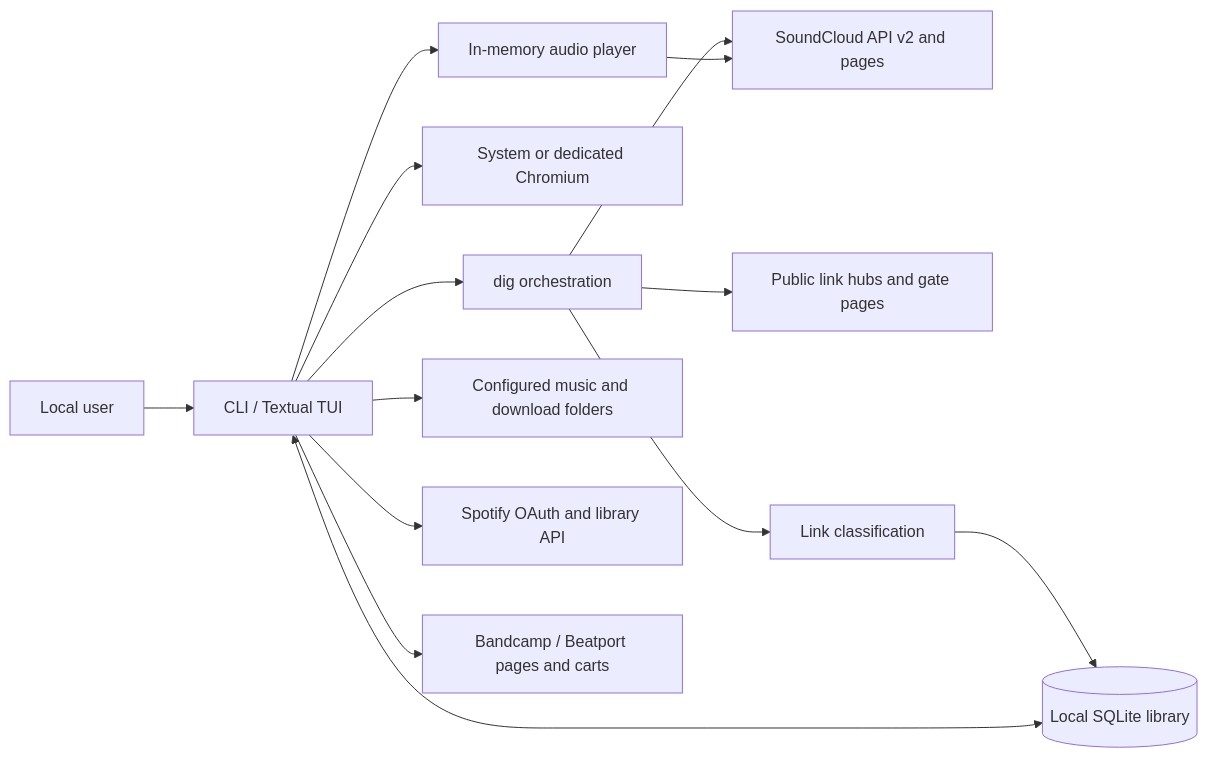
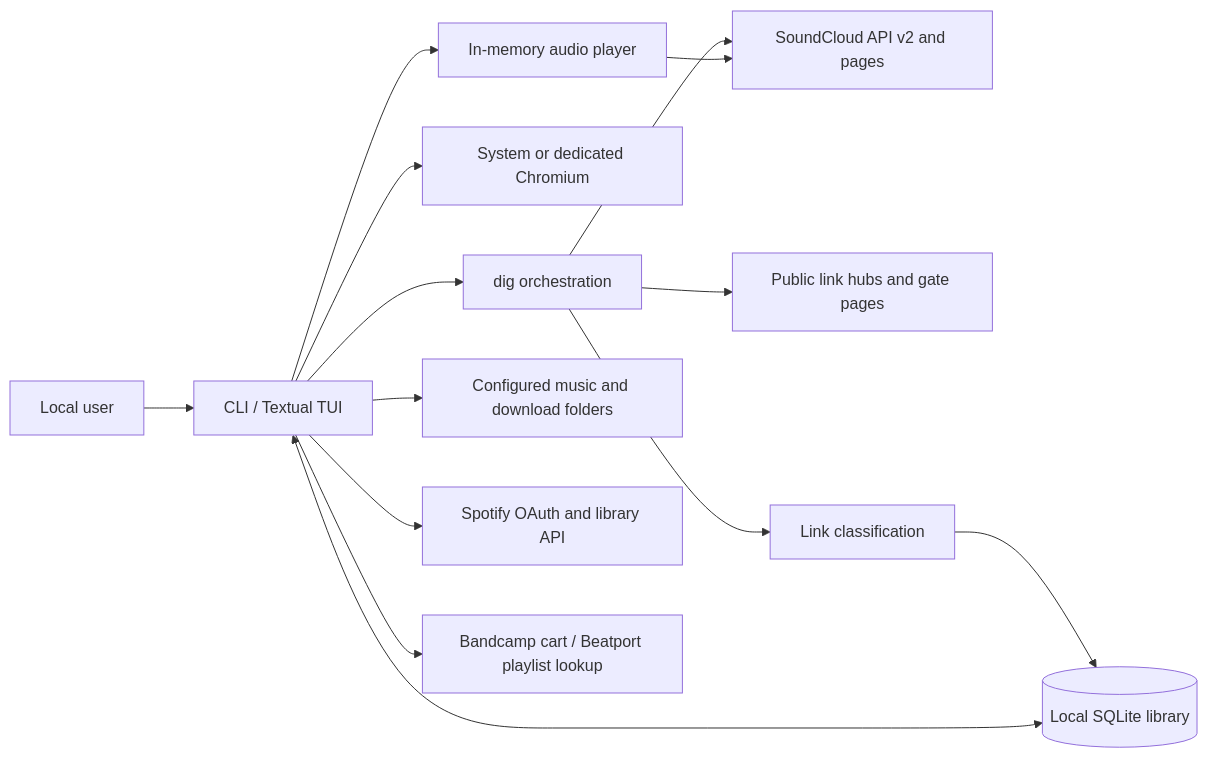
Before and after one commit to fbialogrecki/dj-digger: the diagram in PROJECT-SPECIFICATION.md, drawn with Mermaid. The commit also changed other lines of this file and 18 other files, not shown here.

````diff
--- a/PROJECT-SPECIFICATION.md
+++ b/PROJECT-SPECIFICATION.md
@@ -321,16 +365,16 @@
 ```mermaid
 flowchart LR
     U[Local user] --> CLI[CLI / Textual TUI]
     CLI --> DIG[dig orchestration]
     DIG --> SC[SoundCloud API v2 and pages]
     DIG --> HUB[Public link hubs and gate pages]
     DIG --> LINK[Link classification]
     LINK --> DB[(Local SQLite library)]
     CLI <--> DB
     CLI --> BROWSER[System or dedicated Chromium]
     CLI --> PLAYER[In-memory audio player]
     PLAYER --> SC
     CLI --> FILES[Configured music and download folders]
     CLI --> SPOTIFY[Spotify OAuth and library API]
-    CLI --> STORES[Bandcamp / Beatport pages and carts]
+    CLI --> STORES[Bandcamp cart / Beatport playlist lookup]
 ```
````
